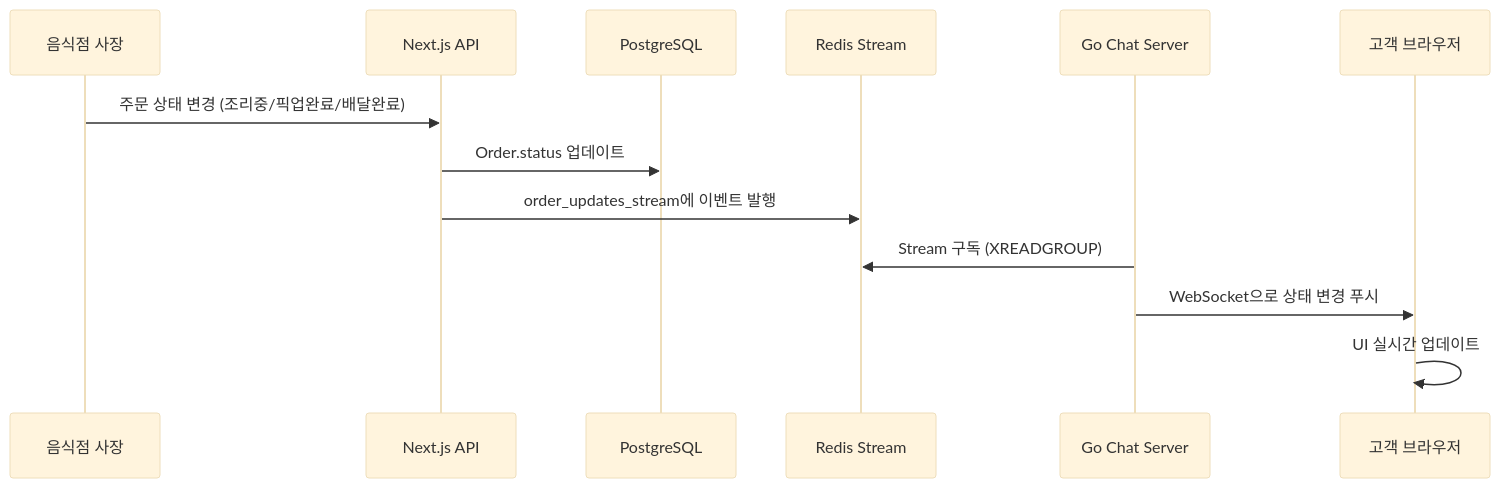
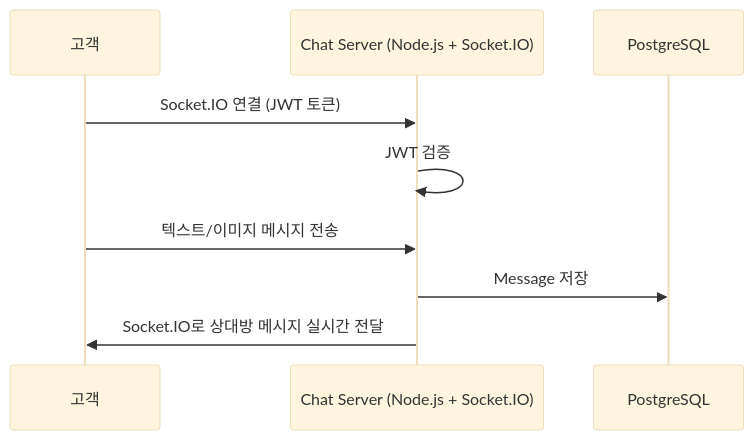
Before and after one commit to JunPyo0117/B-Delivery: the third of 5 diagrams in docs/architecture.md, drawn with Mermaid (base theme). The commit also changed other lines of this file and 1 other file, not shown here.

First line of the commit message:
WIP(prd): add PRD v2 and update architecture for delivery flow

````diff
--- a/docs/architecture.md
+++ b/docs/architecture.md
@@ -18,16 +100,12 @@
 ```mermaid
 sequenceDiagram
-  participant Owner as 음식점 사장
-  participant API as Next.js API
-  participant DB as PostgreSQL
-  participant Redis as Redis Stream
-  participant Go as Go Chat Server
-  participant Customer as 고객 브라우저
+    participant User as 고객
+    participant Chat as Chat Server (Node.js + Socket.IO)
+    participant DB as PostgreSQL
 
-  Owner->>API: 주문 상태 변경 (조리중/픽업완료/배달완료)
-  API->>DB: Order.status 업데이트
-  API->>Redis: order_updates_stream에 이벤트 발행
-  Go->>Redis: Stream 구독 (XREADGROUP)
-  Go->>Customer: WebSocket으로 상태 변경 푸시
-  Customer->>Customer: UI 실시간 업데이트
+    User->>Chat: Socket.IO 연결 (JWT 토큰)
+    Chat->>Chat: JWT 검증
+    User->>Chat: 텍스트/이미지 메시지 전송
+    Chat->>DB: Message 저장
+    Chat->>User: Socket.IO로 상대방 메시지 실시간 전달
 ```
````
